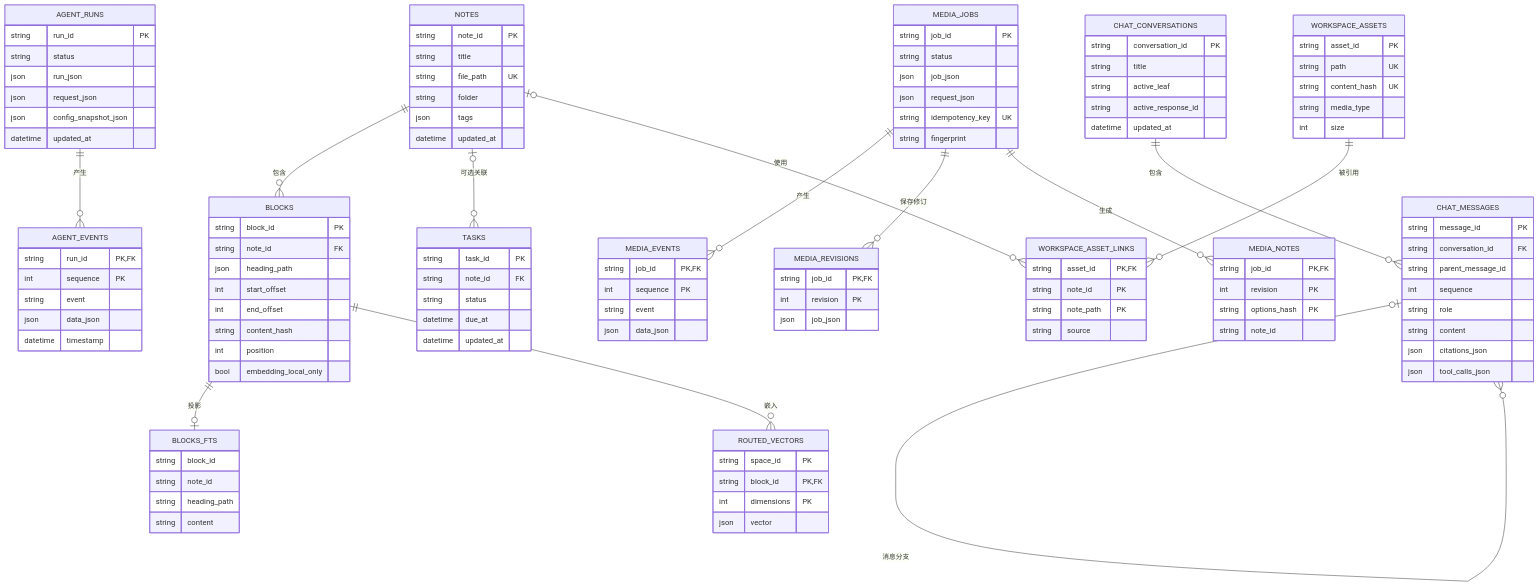
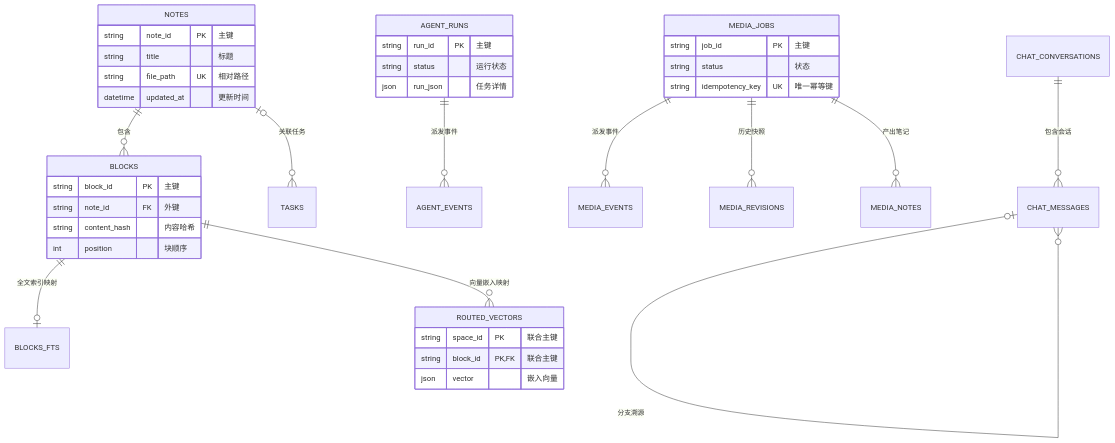
The fourth of 4 diagrams in README.zh-CN.md (KiriAky107/OpenNexus), drawn with Mermaid before and after one commit. The commit also changed other lines of this file, not shown here.

````diff
--- a/README.zh-CN.md
+++ b/README.zh-CN.md
@@ -260,123 +178,42 @@
 ```mermaid
 erDiagram
-    NOTES ||--o{ BLOCKS : 包含
-    BLOCKS ||--o| BLOCKS_FTS : 投影
-    BLOCKS ||--o{ ROUTED_VECTORS : 嵌入
-    NOTES o|--o{ TASKS : 可选关联
-    AGENT_RUNS ||--o{ AGENT_EVENTS : 产生
-    MEDIA_JOBS ||--o{ MEDIA_EVENTS : 产生
-    MEDIA_JOBS ||--o{ MEDIA_REVISIONS : 保存修订
-    MEDIA_JOBS ||--o{ MEDIA_NOTES : 生成
-    CHAT_CONVERSATIONS ||--o{ CHAT_MESSAGES : 包含
-    CHAT_MESSAGES o|--o{ CHAT_MESSAGES : 消息分支
-    WORKSPACE_ASSETS ||--o{ WORKSPACE_ASSET_LINKS : 被引用
-    NOTES o|--o{ WORKSPACE_ASSET_LINKS : 使用
+    NOTES ||--o{ BLOCKS : "包含"
+    BLOCKS ||--o| BLOCKS_FTS : "全文索引映射"
+    BLOCKS ||--o{ ROUTED_VECTORS : "向量嵌入映射"
+    NOTES o|--o{ TASKS : "关联任务"
+    AGENT_RUNS ||--o{ AGENT_EVENTS : "派发事件"
+    MEDIA_JOBS ||--o{ MEDIA_EVENTS : "派发事件"
+    MEDIA_JOBS ||--o{ MEDIA_REVISIONS : "历史快照"
+    MEDIA_JOBS ||--o{ MEDIA_NOTES : "产出笔记"
+    CHAT_CONVERSATIONS ||--o{ CHAT_MESSAGES : "包含会话"
+    CHAT_MESSAGES o|--o{ CHAT_MESSAGES : "分支溯源"
 
     NOTES {
-        string note_id PK
-        string title
-        string file_path UK
-        string folder
-        json tags
-        datetime updated_at
+        string note_id PK "主键"
+        string title "标题"
+        string file_path UK "相对路径"
+        datetime updated_at "更新时间"
     }
     BLOCKS {
-        string block_id PK
-        string note_id FK
-        json heading_path
-        int start_offset
-        int end_offset
-        string content_hash
-        int position
-        bool embedding_local_only
-    }
-    BLOCKS_FTS {
-        string block_id
-        string note_id
-        string heading_path
-        string content
+        string block_id PK "主键"
+        string note_id FK "外键"
+        string content_hash "内容哈希"
+        int position "块顺序"
     }
     ROUTED_VECTORS {
-        string space_id PK
-        string block_id PK, FK
-        int dimensions PK
-        json vector
-    }
-    TASKS {
-        string task_id PK
-        string note_id FK
-        string status
-        datetime due_at
-        datetime updated_at
+        string space_id PK "联合主键"
+        string block_id PK,FK "联合主键"
+        json vector "嵌入向量"
     }
     AGENT_RUNS {
-        string run_id PK
-        string status
-        json run_json
-        json request_json
-        json config_snapshot_json
-        datetime updated_at
-    }
-    AGENT_EVENTS {
-        string run_id PK, FK
-        int sequence PK
-        string event
-        json data_json
-        datetime timestamp
+        string run_id PK "主键"
+        string status "运行状态"
+        json run_json "任务详情"
     }
     MEDIA_JOBS {
-        string job_id PK
-        string status
-        json job_json
-        json request_json
-        string idempotency_key UK
-        string fingerprint
+        string job_id PK "主键"
+        string status "状态"
+        string idempotency_key UK "唯一幂等键"
     }
-    MEDIA_EVENTS {
-        string job_id PK, FK
-        int sequence PK
-        string event
-        json data_json
-    }
-    MEDIA_REVISIONS {
-        string job_id PK, FK
-        int revision PK
-        json job_json
-    }
-    MEDIA_NOTES {
-        string job_id PK, FK
-        int revision PK
-        string options_hash PK
-        string note_id
-    }
-    CHAT_CONVERSATIONS {
-        string conversation_id PK
-        string title
-        string active_leaf
-        string active_response_id
-        datetime updated_at
-    }
-    CHAT_MESSAGES {
-        string message_id PK
-        string conversation_id FK
-        string parent_message_id
-        int sequence
-        string role
-        string content
-        json citations_json
-        json tool_calls_json
-    }
-    WORKSPACE_ASSETS {
-        string asset_id PK
-        string path UK
-        string content_hash UK
-        string media_type
-        int size
-    }
-    WORKSPACE_ASSET_LINKS {
-        string asset_id PK, FK
-        string note_id PK
-        string note_path PK
-        string source
-    }
+
 ```
````
